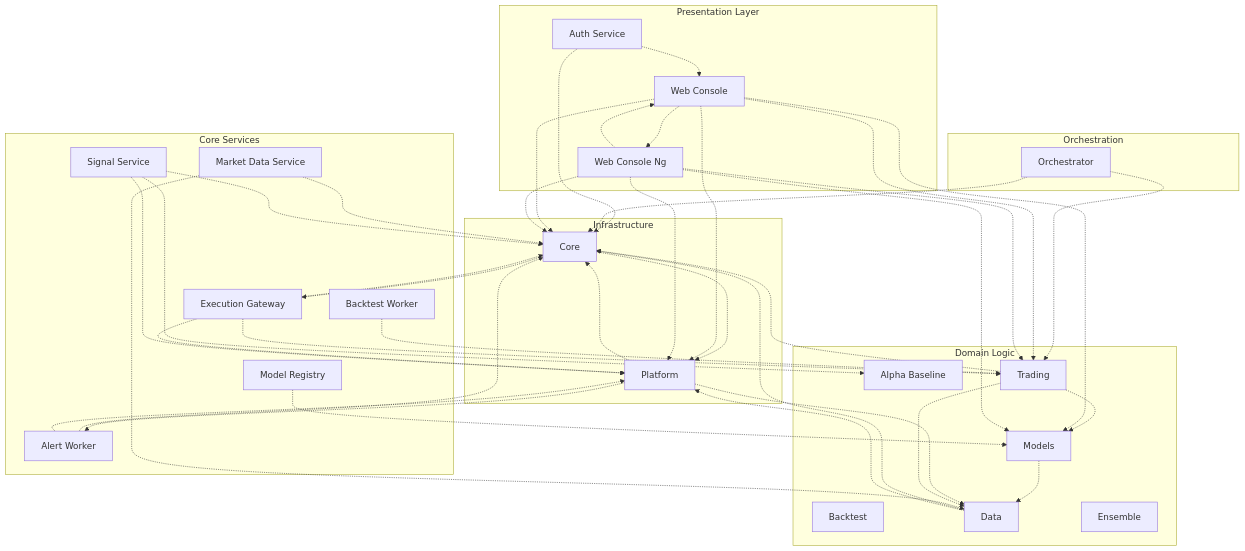
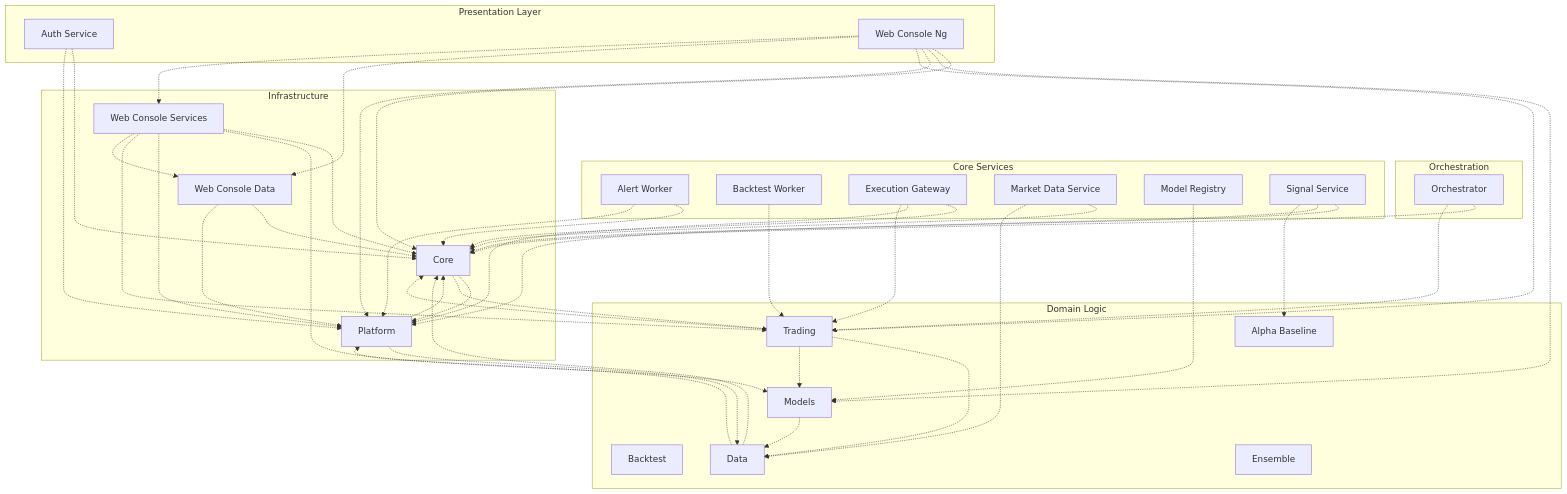
The diagram in docs/ARCHITECTURE/system_map_deps.md (LeeeWayyy/trading_platform), drawn with Mermaid before and after one commit. The commit also changed 118 other files, not shown here.

First line of the commit message:
feat: Complete Web Console Migration to libs structure (#120)

```diff
--- a/docs/ARCHITECTURE/system_map_deps.md
+++ b/docs/ARCHITECTURE/system_map_deps.md
@@ -4,7 +4,6 @@
 flowchart TB
   subgraph presentation["Presentation Layer"]
     svc_auth_service["Auth Service"]
-    svc_web_console["Web Console"]
     svc_web_console_ng["Web Console Ng"]
   end
   subgraph orchestration["Orchestration"]
@@ -29,23 +28,31 @@
   subgraph infra["Infrastructure"]
     lib_core["Core"]
     lib_platform["Platform"]
+    lib_web_console_data["Web Console Data"]
+    lib_web_console_services["Web Console Services"]
   end
 
   lib_core -.-> lib_platform
-  lib_core -.-> svc_execution_gateway
+  lib_core -.-> lib_trading
   lib_data -.-> lib_core
   lib_data -.-> lib_platform
   lib_models -.-> lib_data
   lib_platform -.-> lib_core
   lib_platform -.-> lib_data
-  lib_platform -.-> svc_alert_worker
   lib_trading -.-> lib_core
   lib_trading -.-> lib_data
   lib_trading -.-> lib_models
+  lib_web_console_data -.-> lib_core
+  lib_web_console_data -.-> lib_platform
+  lib_web_console_services -.-> lib_core
+  lib_web_console_services -.-> lib_models
+  lib_web_console_services -.-> lib_platform
+  lib_web_console_services -.-> lib_trading
+  lib_web_console_services -.-> lib_web_console_data
   svc_alert_worker -.-> lib_core
   svc_alert_worker -.-> lib_platform
   svc_auth_service -.-> lib_core
-  svc_auth_service -.-> svc_web_console
+  svc_auth_service -.-> lib_platform
   svc_backtest_worker -.-> lib_trading
   svc_execution_gateway -.-> lib_core
   svc_execution_gateway -.-> lib_platform
@@ -58,16 +65,12 @@
   svc_signal_service -.-> lib_core
   svc_signal_service -.-> lib_platform
   svc_signal_service -.-> strat_alpha_baseline
-  svc_web_console -.-> lib_core
-  svc_web_console -.-> lib_models
-  svc_web_console -.-> lib_platform
-  svc_web_console -.-> lib_trading
-  svc_web_console -.-> svc_web_console_ng
   svc_web_console_ng -.-> lib_core
   svc_web_console_ng -.-> lib_models
   svc_web_console_ng -.-> lib_platform
   svc_web_console_ng -.-> lib_trading
-  svc_web_console_ng -.-> svc_web_console
+  svc_web_console_ng -.-> lib_web_console_data
+  svc_web_console_ng -.-> lib_web_console_services
 
   %% Click links to documentation
   click svc_alert_worker "../SPECS/services/alert_worker.md"
@@ -78,13 +81,14 @@
   click svc_model_registry "../SPECS/services/model_registry.md"
   click svc_orchestrator "../SPECS/services/orchestrator.md"
   click svc_signal_service "../SPECS/services/signal_service.md"
-  click svc_web_console "../SPECS/services/web_console.md"
   click svc_web_console_ng "../SPECS/services/web_console_ng.md"
   click lib_core "../SPECS/libs/core.md"
   click lib_data "../SPECS/libs/data.md"
   click lib_models "../SPECS/libs/models.md"
   click lib_platform "../SPECS/libs/platform.md"
   click lib_trading "../SPECS/libs/trading.md"
+  click lib_web_console_data "../SPECS/libs/web_console_data.md"
+  click lib_web_console_services "../SPECS/libs/web_console_services.md"
   click strat_alpha_baseline "../SPECS/strategies/alpha_baseline.md"
   click strat_backtest "../SPECS/strategies/backtest.md"
   click strat_ensemble "../SPECS/strategies/ensemble.md"
```
